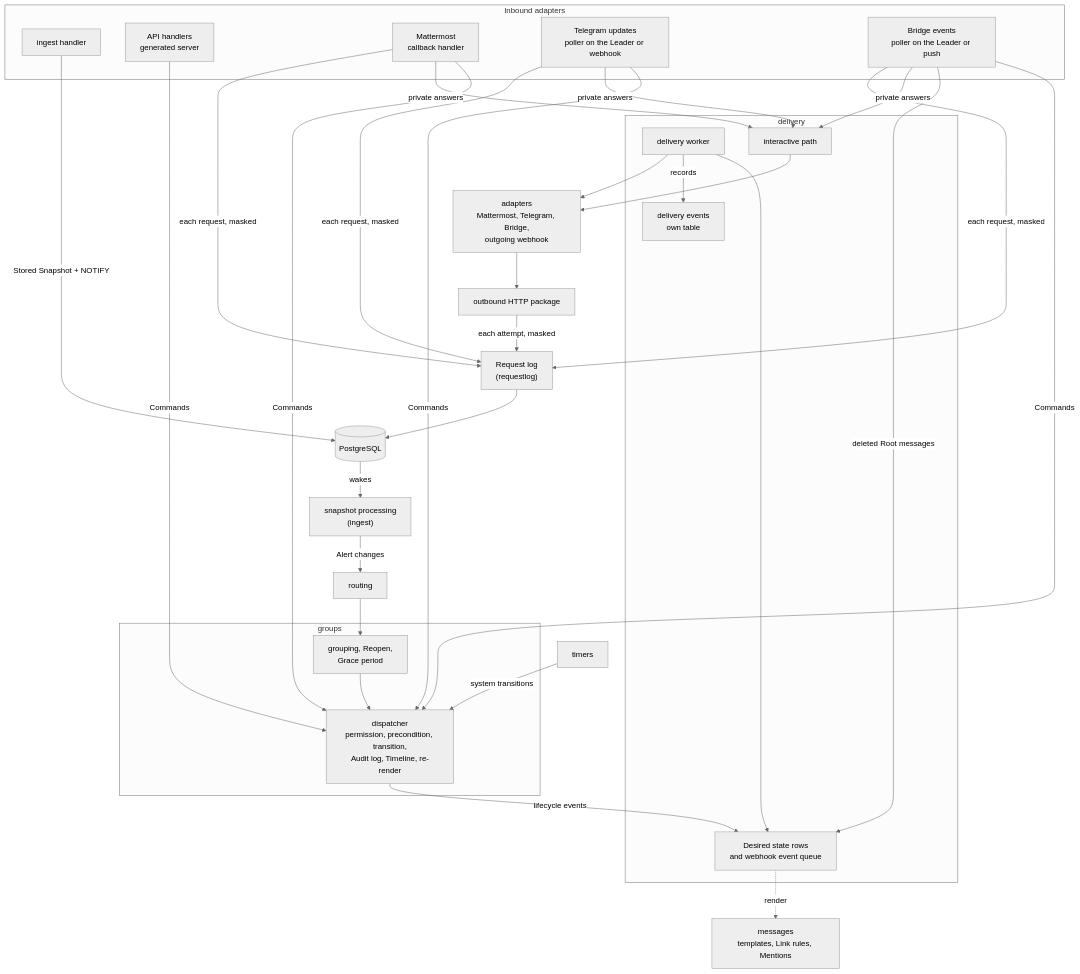
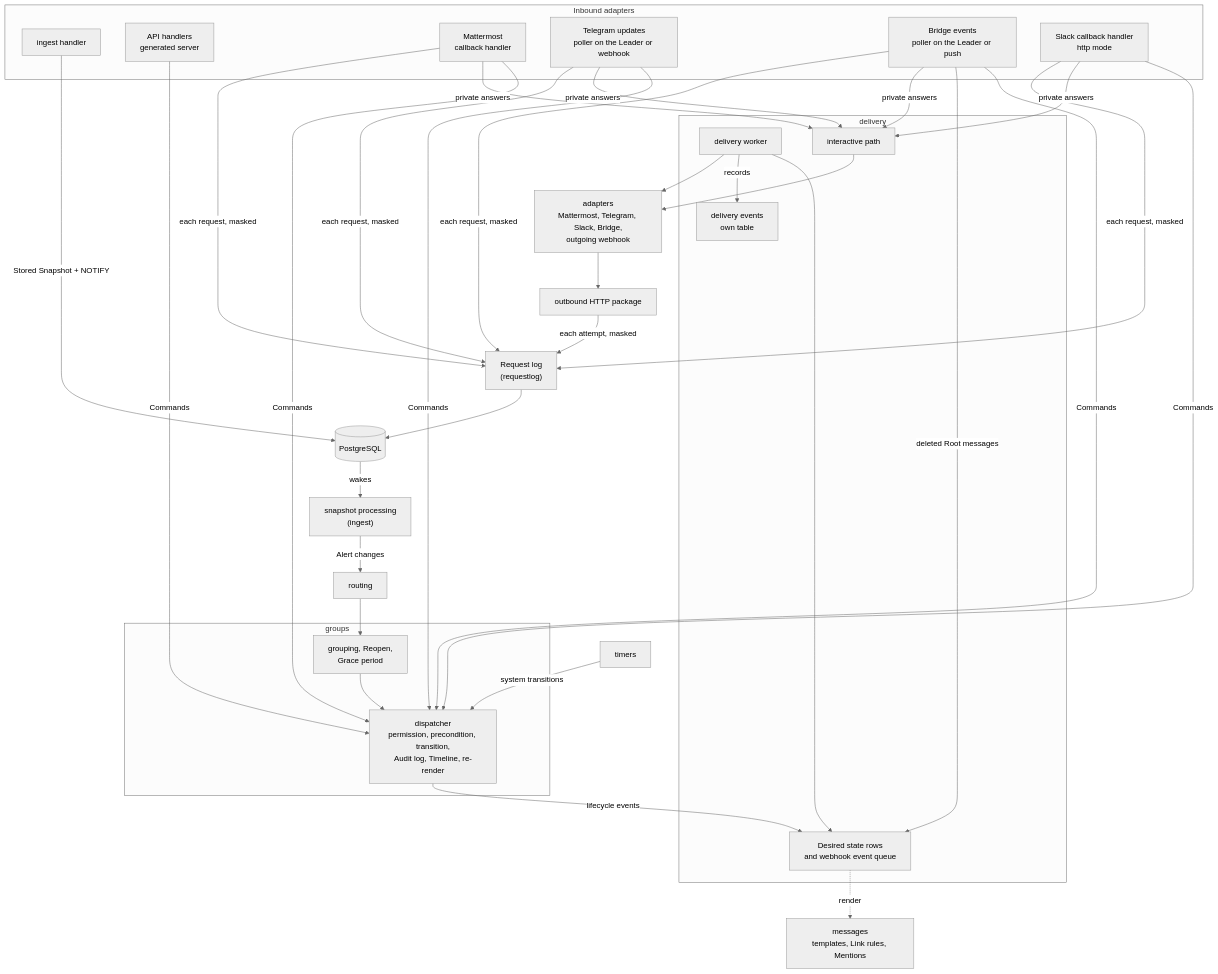
Before and after one commit to muster-io/muster: the third of 28 diagrams in design/architecture.md, drawn with Mermaid (neutral theme). The commit also changed other lines of this file and 63 other files, not shown here.

Commit message:
feat(slack): receive slack button presses over http and answer them (#326)

````diff
--- a/design/architecture.md
+++ b/design/architecture.md
@@ -193,54 +193,56 @@
 ```mermaid
 flowchart TB
     subgraph inbound["Inbound adapters"]
         ingestH["ingest handler"]
         apiH["API handlers<br/>generated server"]
         mmCb["Mattermost<br/>callback handler"]
         tgUp["Telegram updates<br/>poller on the Leader or webhook"]
         brEv["Bridge events<br/>poller on the Leader or push"]
+        slCb["Slack callback handler<br/>http mode"]
     end
 
     processing["snapshot processing<br/>(ingest)"]
     routing["routing"]
 
     subgraph groups["groups"]
         grouping["grouping, Reopen,<br/>Grace period"]
         dispatcher["dispatcher<br/>permission, precondition, transition,<br/>Audit log, Timeline, re-render"]
     end
 
     timers["timers"]
     messages["messages<br/>templates, Link rules, Mentions"]
 
     subgraph delivery["delivery"]
         desired["Desired state rows<br/>and webhook event queue"]
         worker["delivery worker"]
         devents["delivery events<br/>own table"]
         interactive["interactive path"]
     end
 
-    adapters["adapters<br/>Mattermost, Telegram, Bridge,<br/>outgoing webhook"]
+    adapters["adapters<br/>Mattermost, Telegram, Slack, Bridge,<br/>outgoing webhook"]
     outbound["outbound HTTP package"]
     requestlog["Request log<br/>(requestlog)"]
     db[("PostgreSQL")]
 
     ingestH -- "Stored Snapshot + NOTIFY" --> db
     db -- "wakes" --> processing
     processing -- "Alert changes" --> routing --> grouping --> dispatcher
     apiH -- "Commands" --> dispatcher
     mmCb -- "Commands" --> dispatcher
     tgUp -- "Commands" --> dispatcher
     brEv -- "Commands" --> dispatcher
+    slCb -- "Commands" --> dispatcher
     brEv -- "deleted Root messages" --> desired
     timers -- "system transitions" --> dispatcher
     dispatcher -- "lifecycle events" --> desired
     desired -. "render" .-> messages
     worker --> desired
     worker -- "records" --> devents
     worker --> adapters
-    mmCb & tgUp & brEv -- "private answers" --> interactive
+    mmCb & tgUp & brEv & slCb -- "private answers" --> interactive
     interactive --> adapters
     adapters --> outbound
     outbound -- "each attempt, masked" --> requestlog
-    mmCb & tgUp & brEv -- "each request, masked" --> requestlog
+    mmCb & tgUp & brEv & slCb -- "each request, masked" --> requestlog
     requestlog --> db
 ```
````
